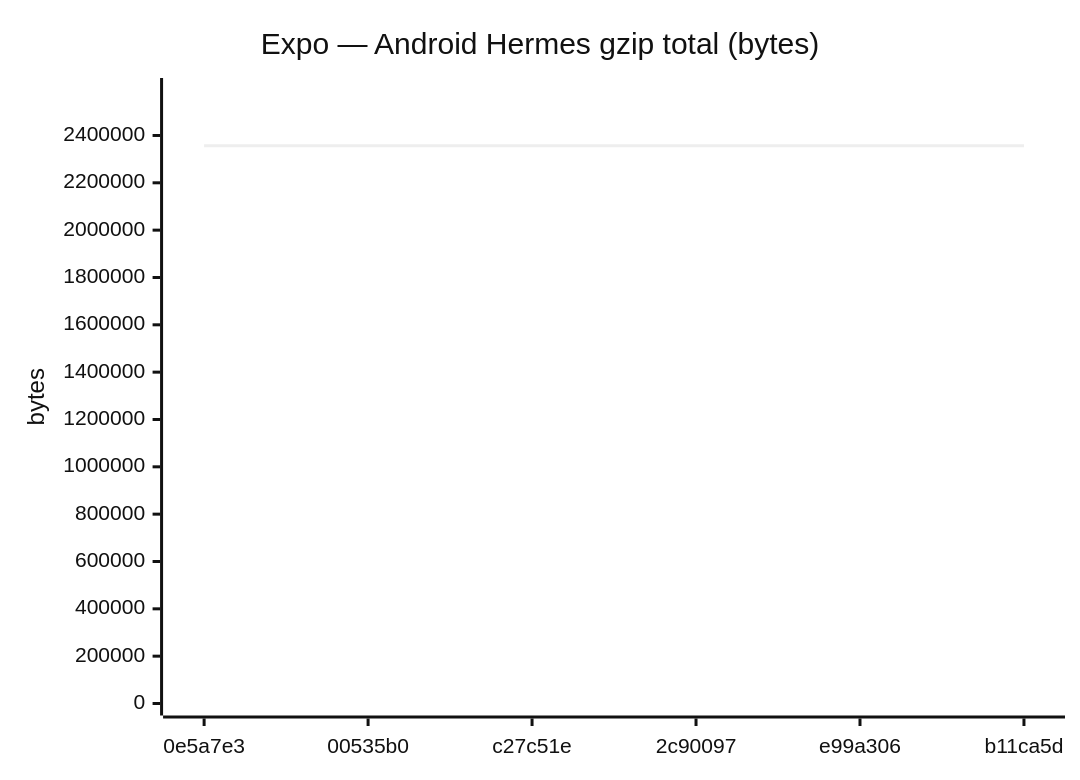
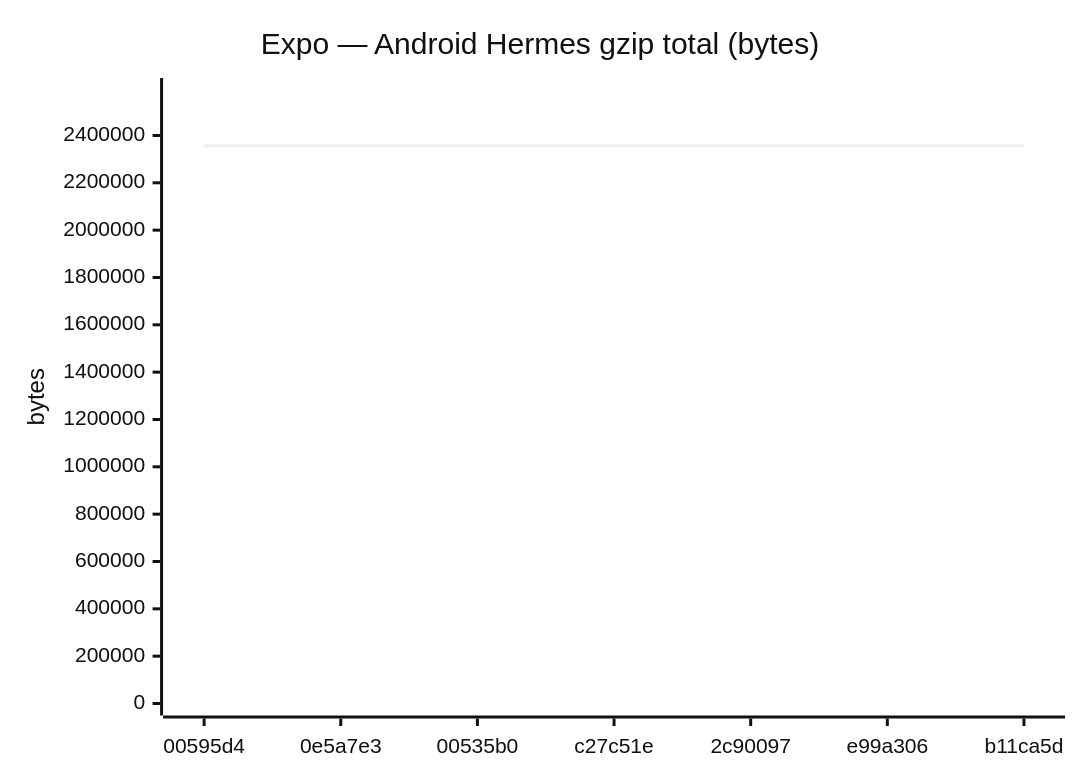
One commit to Metaheurist/Rianell changed the seventh of 24 diagrams in benchmarks/compare.md. Above: the diagram before and after it, drawn with Mermaid (neutral theme). The commit also changed other lines of this file and 12 other files, not shown here.

````diff
--- a/benchmarks/compare.md
+++ b/benchmarks/compare.md
@@ -100,7 +104,7 @@
 ```mermaid
 xychart-beta
     title "Expo — Android Hermes gzip total (bytes)"
-    x-axis ["0e5a7e3", "00535b0", "c27c51e", "2c90097", "e99a306", "b11ca5d"]
-    y-axis "bytes" 0 --> 2592120
-    line [2356472, 2356301, 2356304, 2356302, 2356302, 2356299]
+    x-axis ["00595d4", "0e5a7e3", "00535b0", "c27c51e", "2c90097", "e99a306", "b11ca5d"]
+    y-axis "bytes" 0 --> 2592122
+    line [2356474, 2356472, 2356301, 2356304, 2356302, 2356302, 2356299]
 ```
````
